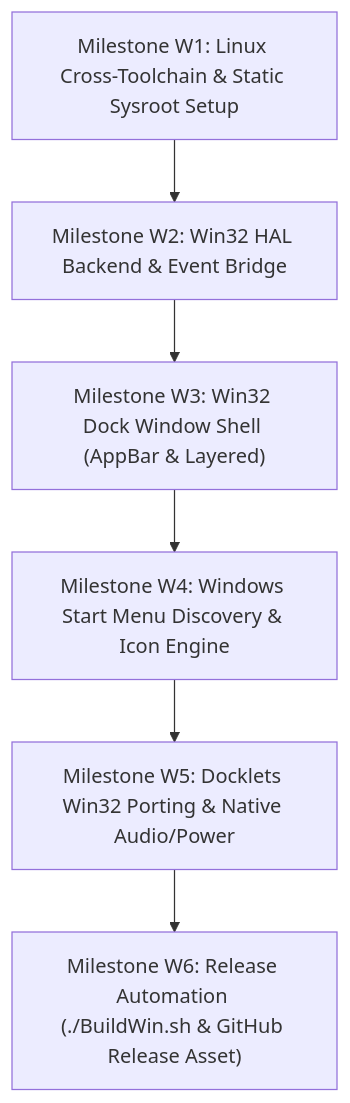
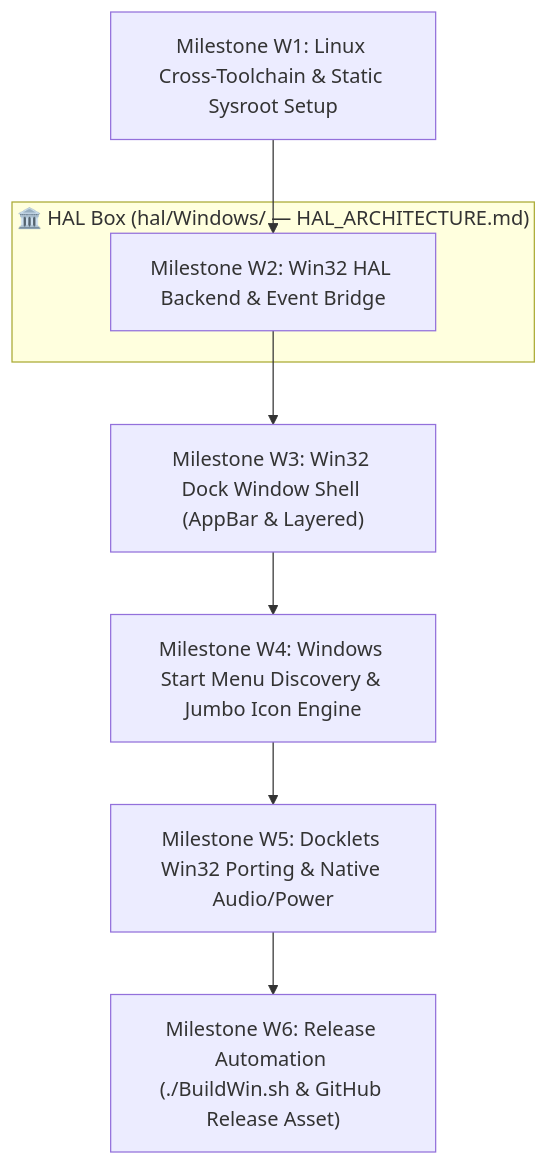
One commit to sergiomelas/WayPlank changed the seventh of 7 diagrams in Documentation/WINPLANK_PORT_BATTLE_PLAN.md. Above: the diagram before and after it, drawn with Mermaid. The commit also changed other lines of this file and 174 other files, not shown here.

````diff
--- a/Documentation/WINPLANK_PORT_BATTLE_PLAN.md
+++ b/Documentation/WINPLANK_PORT_BATTLE_PLAN.md
@@ -413,8 +428,13 @@
 ```mermaid
 flowchart TD
-    M1["Milestone W1: Linux Cross-Toolchain & Static Sysroot Setup"] --> M2["Milestone W2: Win32 HAL Backend & Event Bridge"]
+    M1["Milestone W1: Linux Cross-Toolchain & Static Sysroot Setup"] --> M2
+
+    subgraph HAL_W2 ["🏛️ HAL Box (hal/Windows/ — HAL_ARCHITECTURE.md)"]
+        M2["Milestone W2: Win32 HAL Backend & Event Bridge"]
+    end
+
     M2 --> M3["Milestone W3: Win32 Dock Window Shell (AppBar & Layered)"]
-    M3 --> M4["Milestone W4: Windows Start Menu Discovery & Icon Engine"]
+    M3 --> M4["Milestone W4: Windows Start Menu Discovery & Jumbo Icon Engine"]
     M4 --> M5["Milestone W5: Docklets Win32 Porting & Native Audio/Power"]
     M5 --> M6["Milestone W6: Release Automation (./BuildWin.sh & GitHub Release Asset)"]
 ```
````
